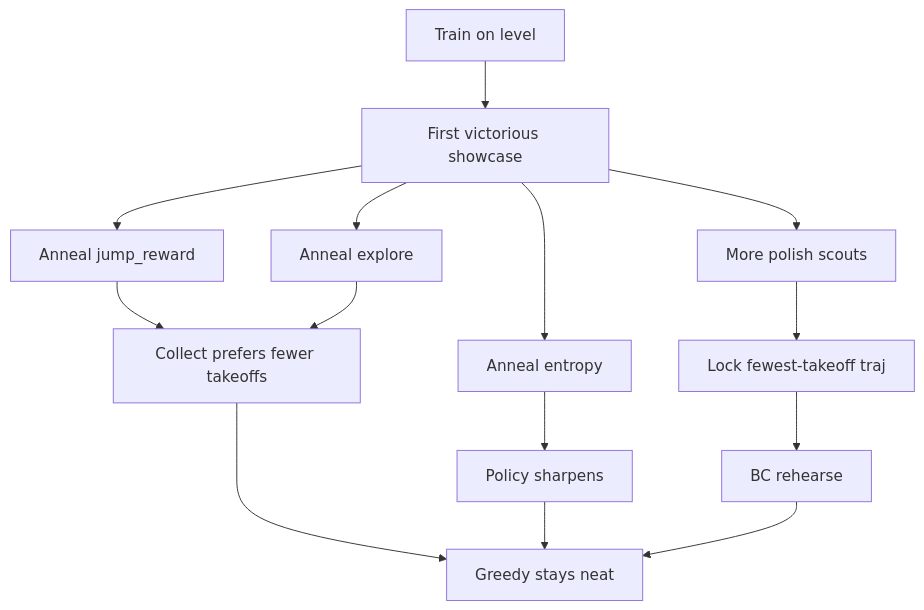
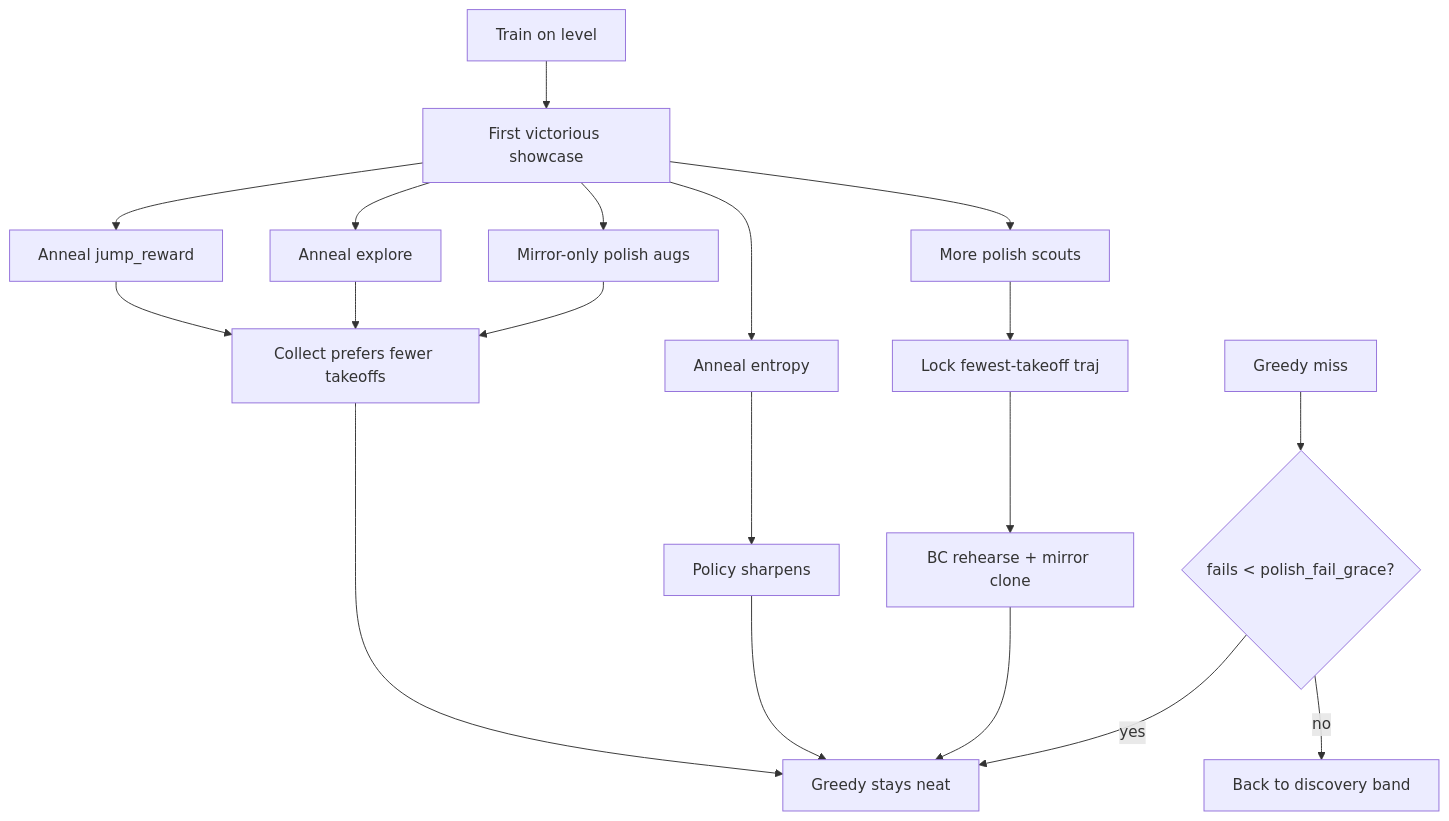
The diagram in docs/src/intelligence/neatness.md (dante-ferr/ai-delver), drawn with Mermaid before and after one commit. The commit also changed other lines of this file and 17 other files, not shown here.

First line of the commit message:
feat(intelligence): polish mirror augs and mirrored lock rehearsal

````diff
--- a/docs/src/intelligence/neatness.md
+++ b/docs/src/intelligence/neatness.md
@@ -56,16 +69,21 @@
 ```mermaid
 flowchart TD
   train["Train on level"] --> firstWin["First victorious showcase"]
   firstWin --> annealJ["Anneal jump_reward"]
   firstWin --> annealE["Anneal entropy"]
   firstWin --> annealX["Anneal explore"]
+  firstWin --> polishAug["Mirror-only polish augs"]
   firstWin --> scout["More polish scouts"]
   scout --> lock["Lock fewest-takeoff traj"]
   annealJ --> ppo["Collect prefers fewer takeoffs"]
   annealX --> ppo
+  polishAug --> ppo
   annealE --> sharp["Policy sharpens"]
-  lock --> bc["BC rehearse"]
+  lock --> bc["BC rehearse + mirror clone"]
   ppo --> sticky["Greedy stays neat"]
   sharp --> sticky
   bc --> sticky
+  miss["Greedy miss"] --> grace{"fails < polish_fail_grace?"}
+  grace -->|yes| sticky
+  grace -->|no| invent["Back to discovery band"]
 ```
````
